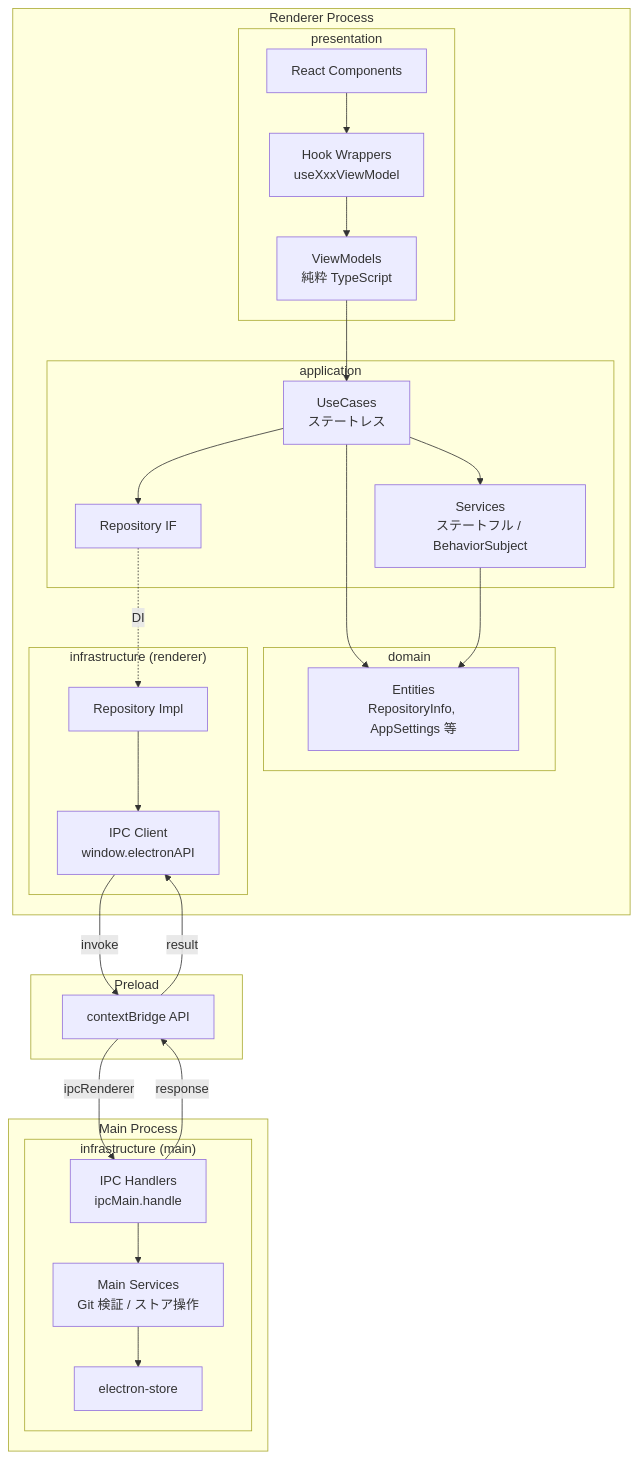
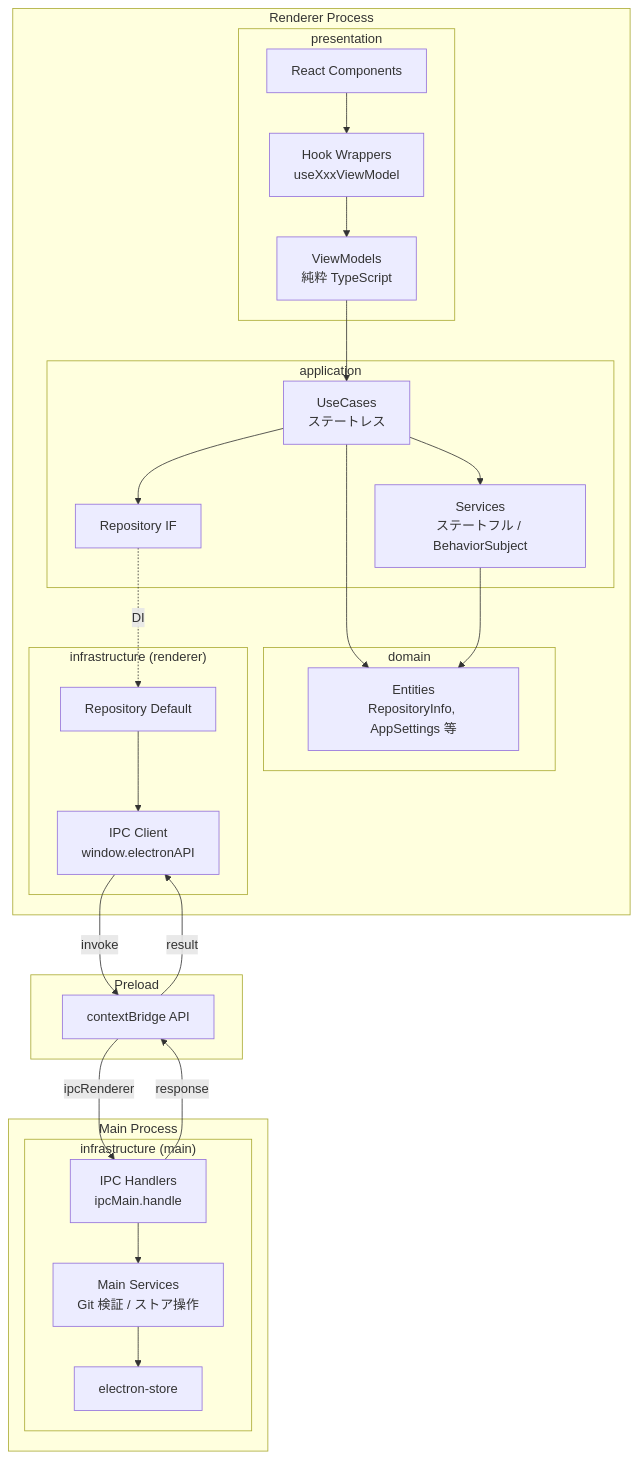
Before and after one commit to ToshikiImagawa/Buruma: the diagram in .sdd/specification/application-foundation_design.md, drawn with Mermaid. The commit also changed other lines of this file and 90 other files, not shown here.

````diff
--- a/.sdd/specification/application-foundation_design.md
+++ b/.sdd/specification/application-foundation_design.md
@@ -88,50 +88,50 @@
 ```mermaid
 graph TD
     subgraph "Renderer Process"
         subgraph "presentation"
             Components[React Components]
             Hooks[Hook Wrappers<br/>useXxxViewModel]
             ViewModels[ViewModels<br/>純粋 TypeScript]
             Components --> Hooks
             Hooks --> ViewModels
         end
         subgraph "application"
             UseCases[UseCases<br/>ステートレス]
             Services[Services<br/>ステートフル / BehaviorSubject]
             RepoIF["Repository IF"]
             ViewModels --> UseCases
             UseCases --> Services
             UseCases --> RepoIF
         end
         subgraph "domain"
             Entities[Entities<br/>RepositoryInfo, AppSettings 等]
         end
         subgraph "infrastructure (renderer)"
-            RepoImpl[Repository Impl]
+            RepoDefault[Repository Default]
             IPCClient["IPC Client<br/>window.electronAPI"]
-            RepoIF -.->|DI| RepoImpl
-            RepoImpl --> IPCClient
+            RepoIF -.->|DI| RepoDefault
+            RepoDefault --> IPCClient
         end
         UseCases --> Entities
         Services --> Entities
     end
 
     subgraph "Preload"
         Bridge[contextBridge API]
     end
 
     subgraph "Main Process"
         subgraph "infrastructure (main)"
             IPCHandler[IPC Handlers<br/>ipcMain.handle]
             MainServices[Main Services<br/>Git 検証 / ストア操作]
             Store[electron-store]
             IPCHandler --> MainServices
             MainServices --> Store
         end
     end
 
     IPCClient -->|"invoke"| Bridge
     Bridge -->|"ipcRenderer"| IPCHandler
     IPCHandler -->|"response"| Bridge
     Bridge -->|"result"| IPCClient
 ```
````
